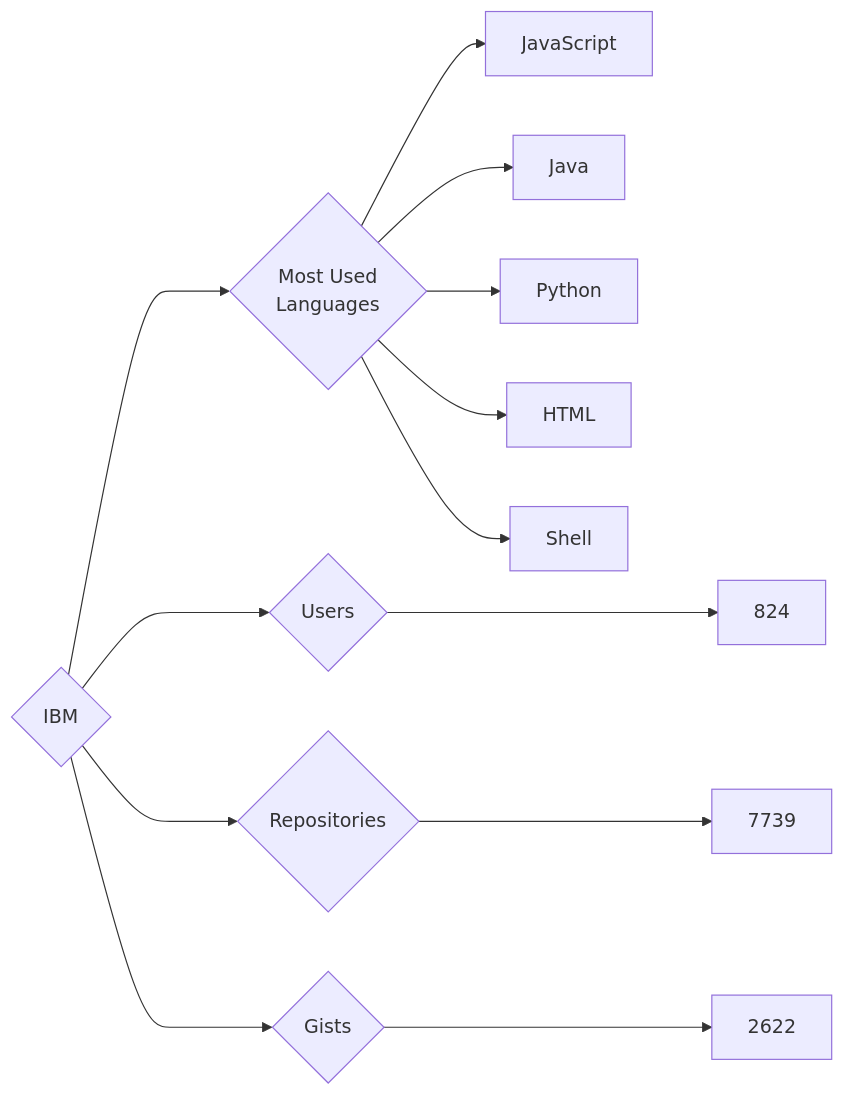
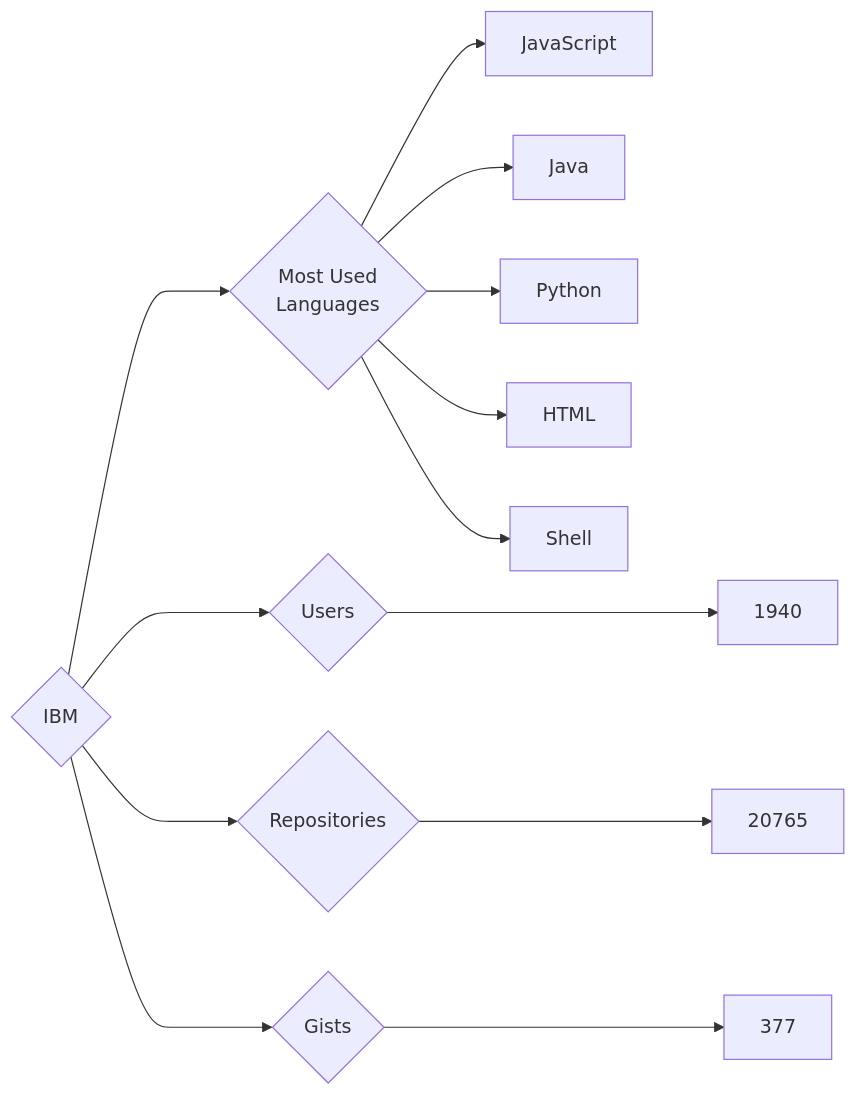
Before and after one commit to trickest/insiders: the diagram in targets/IBM/README.md, drawn with Mermaid. The commit also changed 682 other files, not shown here.

````diff
--- a/targets/IBM/README.md
+++ b/targets/IBM/README.md
@@ -3,13 +3,13 @@
 ```mermaid
 graph LR
 COMPANY_NAME{IBM}
-COMPANY_NAME ---> U{Users} ---> UN[824]
-COMPANY_NAME ---> R{Repositories} ---> RN[7739]
-COMPANY_NAME ---> G{Gists} ---> GN[2622]
+COMPANY_NAME ---> U{Users} ---> UN[1940]
+COMPANY_NAME ---> R{Repositories} ---> RN[20765]
+COMPANY_NAME ---> G{Gists} ---> GN[377]
 COMPANY_NAME ---> ML{Most Used<br>Languages}
 ML --> JavaScript[JavaScript]
 ML --> Java[Java]
 ML --> Python[Python]
 ML --> HTML[HTML]
 ML --> Shell[Shell]
 ```
````
